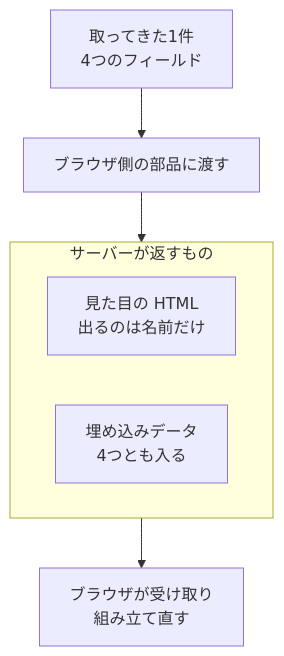
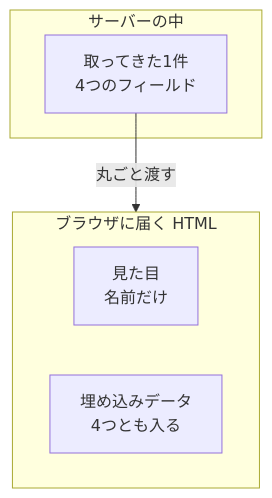
The first of 3 diagrams in docs/lessons/day51/index.md (ozaki25/web-front-training-ozaki25), drawn with Mermaid before and after one commit. The commit also changed other lines of this file, not shown here.

First line of the commit message:
Day 51 の図で矢印に一つの意味だけを持たせる

````diff
--- a/docs/lessons/day51/index.md
+++ b/docs/lessons/day51/index.md
@@ -63,11 +63,11 @@
 ```mermaid
 flowchart TB
-  A["取ってきた1件<br>4つのフィールド"]
-  A --> B["ブラウザ側の部品に渡す"]
-  B --> R
-  subgraph R["サーバーが返すもの"]
-    H["見た目の HTML<br>出るのは名前だけ"]
+  subgraph S["サーバーの中"]
+    A["取ってきた1件<br>4つのフィールド"]
+  end
+  A -->|"丸ごと渡す"| B
+  subgraph B["ブラウザに届く HTML"]
+    H["見た目<br>名前だけ"]
     D["埋め込みデータ<br>4つとも入る"]
   end
-  R --> C["ブラウザが受け取り<br>組み立て直す"]
 ```
````
